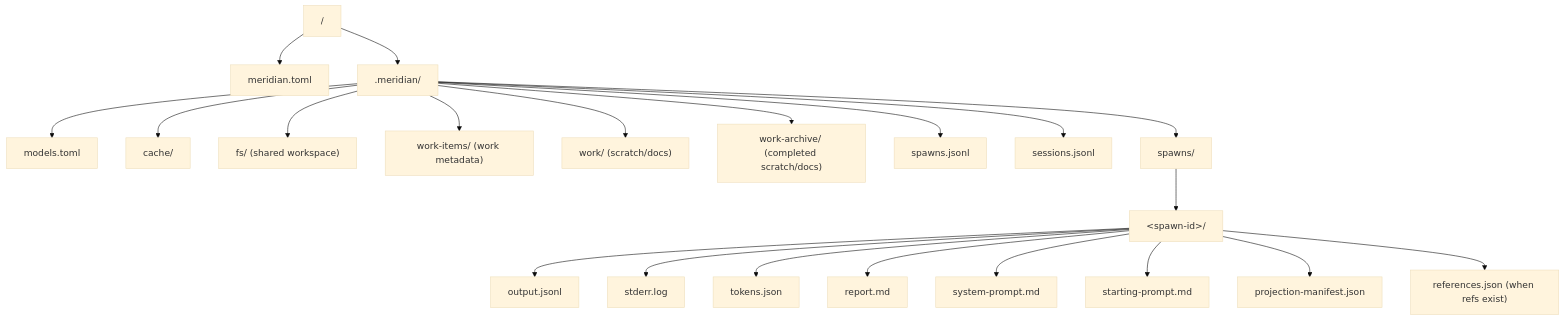
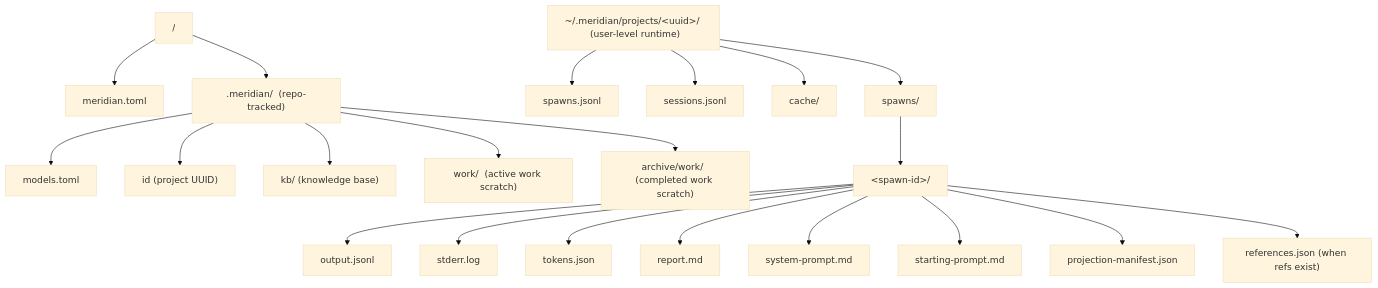
One commit to haowjy/meridian-channel changed the fifth of 8 diagrams in docs/_internal/ARCHITECTURE.md. Above: the diagram before and after it, drawn with Mermaid (base theme). The commit also changed other lines of this file and 9 other files, not shown here.

````diff
--- a/docs/_internal/ARCHITECTURE.md
+++ b/docs/_internal/ARCHITECTURE.md
@@ -243,23 +244,25 @@
 ```mermaid
 graph TD
     Repo["<repo-root>/"] --> Config["meridian.toml"]
-    Repo --> Root[".meridian/"]
+    Repo --> Root[".meridian/  (repo-tracked)"]
     Root --> Models["models.toml"]
-    Root --> Cache["cache/"]
-    Root --> FS["fs/ (shared workspace)"]
-    Root --> WorkItems["work-items/ (work metadata)"]
-    Root --> Work["work/ (scratch/docs)"]
-    Root --> WorkArchive["work-archive/ (completed scratch/docs)"]
-    Root --> SpJ["spawns.jsonl"]
-    Root --> SeJ["sessions.jsonl"]
-    Root --> SpDir["spawns/"]
+    Root --> Id["id  (project UUID)"]
+    Root --> KB["kb/  (knowledge base)"]
+    Root --> Work["work/  (active work scratch)"]
+    Root --> Archive["archive/work/  (completed work scratch)"]
+
+    User["~/.meridian/projects/&lt;uuid&gt;/  (user-level runtime)"]
+    User --> SpJ["spawns.jsonl"]
+    User --> SeJ["sessions.jsonl"]
+    User --> Cache["cache/"]
+    User --> SpDir["spawns/"]
     SpDir --> Sp1["&lt;spawn-id&gt;/"]
     Sp1 --> Out["output.jsonl"]
     Sp1 --> Err["stderr.log"]
     Sp1 --> Tok["tokens.json"]
     Sp1 --> Rep["report.md"]
     Sp1 --> SysP["system-prompt.md"]
     Sp1 --> StartP["starting-prompt.md"]
     Sp1 --> ProjM["projection-manifest.json"]
     Sp1 --> RefJ["references.json (when refs exist)"]
 ```
````
